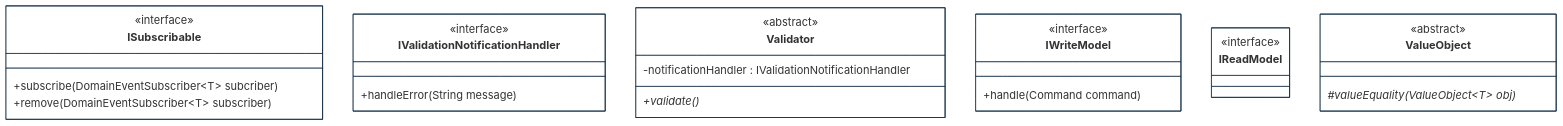
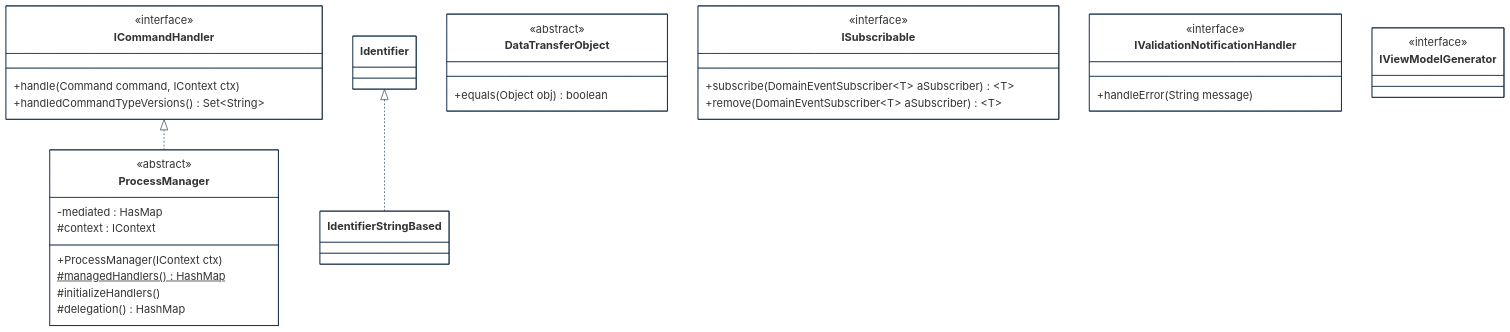
The second of 3 diagrams in implementations-line/framework/domain/designview-structure-models.md (cybnity/foundation), drawn with Mermaid before and after one commit. The commit also changed other lines of this file and 1 other file, not shown here.

````diff
--- a/implementations-line/framework/domain/designview-structure-models.md
+++ b/implementations-line/framework/domain/designview-structure-models.md
@@ -124,46 +141,54 @@
 ```mermaid
 %%{
   init: {
     'theme': 'base',
     'themeVariables': {
         'background': '#ffffff',
         'fontFamily': 'arial',
         'fontSize': '18px',
         'primaryColor': '#fff',
         'primaryBorderColor': '#0e2a43',
         'secondaryBorderColor': '#0e2a43',
         'tertiaryBorderColor': '#0e2a43',
         'edgeLabelBackground':'#0e2a43',
         'lineColor': '#0e2a43',
         'tertiaryColor': '#fff'
     }
   }
 }%%
 classDiagram
+    ICommandHandler <|.. ProcessManager
+    Identifier <|.. IdentifierStringBased
+
+    class ICommandHandler {
+        <<interface>>
+        +handle(Command command, IContext ctx)
+        +handledCommandTypeVersions() Set~String~
+    }
+    class DataTransferObject {
+        <<abstract>>
+        +equals(Object obj) boolean
+    }
+    class ProcessManager {
+        <<abstract>>
+        -mediated : HasMap
+        #context : IContext
+        +ProcessManager(IContext ctx)
+        #managedHandlers()$ HashMap
+        #initializeHandlers()
+        #delegation() HashMap
+    }
     class ISubscribable {
         <<interface>>
-        +subscribe(DomainEventSubscriber~T~ subcriber)
-        +remove(DomainEventSubscriber~T~ subscriber)
+        +subscribe(DomainEventSubscriber~T~ aSubscriber) ~T~
+        +remove(DomainEventSubscriber~T~ aSubscriber) ~T~
     }
     class IValidationNotificationHandler {
         <<interface>>
         +handleError(String message)
     }
-    class Validator {
-        <<abstract>>
-        -notificationHandler : IValidationNotificationHandler
-        +validate()*
-    }
-    class IWriteModel {
+    class IViewModelGenerator {
         <<interface>>
-        +handle(Command command)
-    }
-    class IReadModel {
-        <<interface>>
-    }
-    class ValueObject {
-        <<abstract>>
-        #valueEquality(ValueObject~T~ obj)*
     }
 
 ```
````
